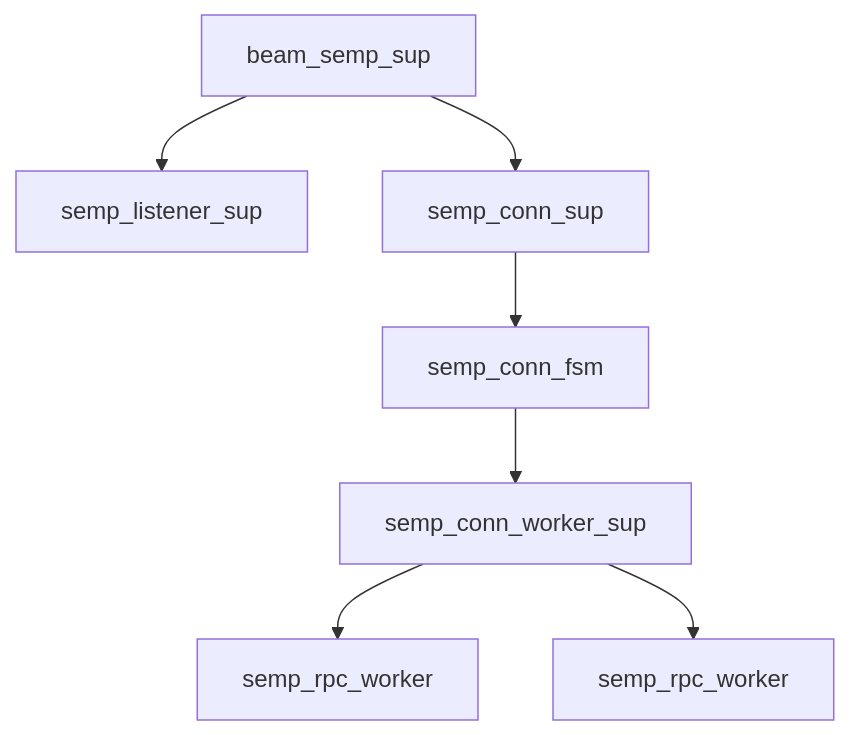
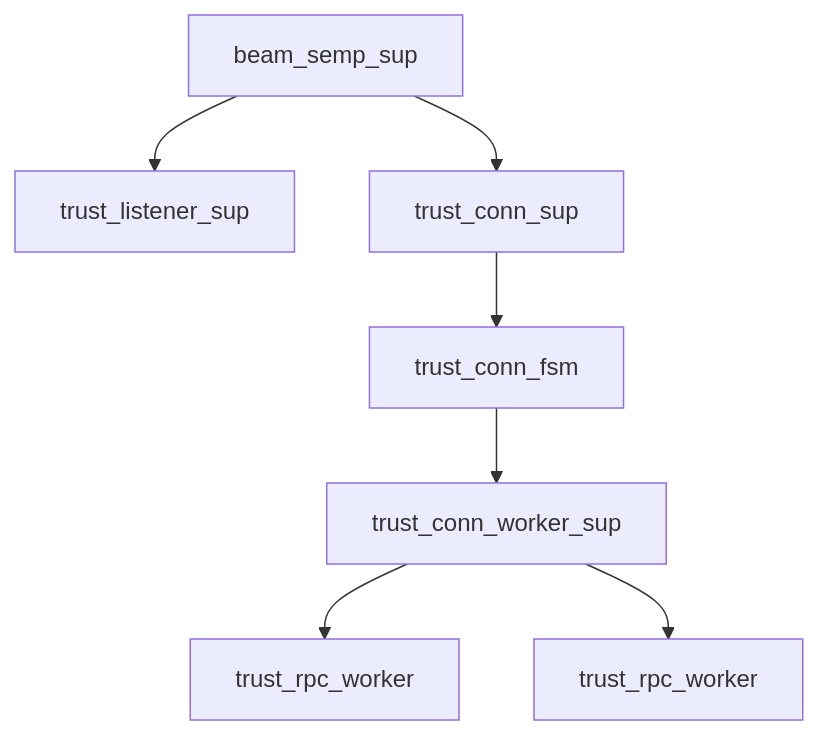
Before and after one commit to yenrab/BEAM_SEMP: the fourth of 5 diagrams in multiplexing and backpressure design doc.md, drawn with Mermaid. The commit also changed other lines of this file, not shown here.

Commit message:
changed semp_ to trust_ for all modules

````diff
--- a/multiplexing and backpressure design doc.md
+++ b/multiplexing and backpressure design doc.md
@@ -110,11 +110,11 @@
 ```mermaid
 %% diagram: supervision-tree
 graph TD
-  Root[beam_semp_sup] --> Listener[semp_listener_sup]
-  Root --> ConnSup[semp_conn_sup]
-  ConnSup --> ConnFSM1[semp_conn_fsm]
-  ConnFSM1 --> ConnWorkerSup1[semp_conn_worker_sup]
-  ConnWorkerSup1 --> RPCa[semp_rpc_worker]
-  ConnWorkerSup1 --> RPCb[semp_rpc_worker]
+  Root[beam_semp_sup] --> Listener[trust_listener_sup]
+  Root --> ConnSup[trust_conn_sup]
+  ConnSup --> ConnFSM1[trust_conn_fsm]
+  ConnFSM1 --> ConnWorkerSup1[trust_conn_worker_sup]
+  ConnWorkerSup1 --> RPCa[trust_rpc_worker]
+  ConnWorkerSup1 --> RPCb[trust_rpc_worker]
   %% more connections scale out as sockets arrive
 ```
````
